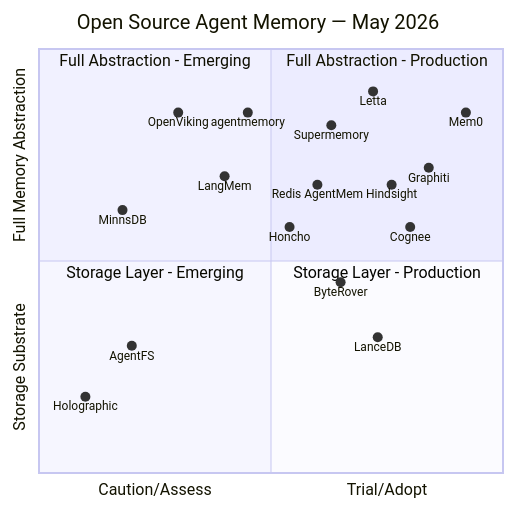
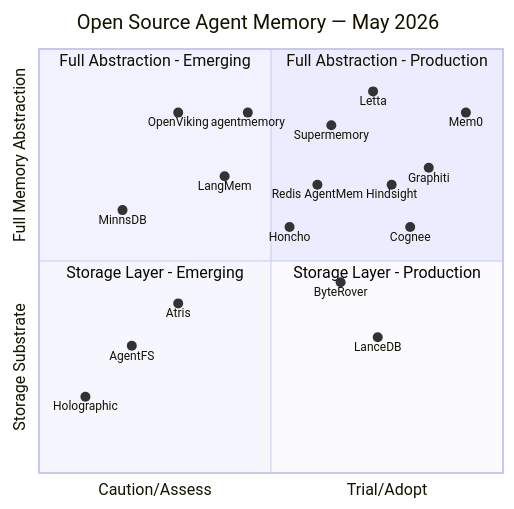
Before and after one commit to ankurkumarz/agentic-ai-knowledge-base: the first of 2 diagrams in docs/AgentMemory/solutions.md, drawn with Mermaid. The commit also changed other lines of this file, not shown here.

Commit message:
Add Atris to the Agent Memory radar (Assess)

````diff
--- a/docs/AgentMemory/solutions.md
+++ b/docs/AgentMemory/solutions.md
@@ -38,26 +38,27 @@
 ```mermaid
 quadrantChart
     title Open Source Agent Memory — May 2026
     x-axis "Caution/Assess" --> "Trial/Adopt"
     y-axis "Storage Substrate" --> "Full Memory Abstraction"
     quadrant-1 "Full Abstraction - Production"
     quadrant-2 "Full Abstraction - Emerging"
     quadrant-3 "Storage Layer - Emerging"
     quadrant-4 "Storage Layer - Production"
     Mem0: [0.92, 0.85]
     Graphiti: [0.84, 0.72]
     Letta: [0.72, 0.90]
     Supermemory: [0.63, 0.82]
     Cognee: [0.80, 0.58]
     Hindsight: [0.76, 0.68]
     "Redis AgentMem": [0.60, 0.68]
     Honcho: [0.54, 0.58]
     ByteRover: [0.65, 0.45]
     LanceDB: [0.73, 0.32]
     LangMem: [0.40, 0.70]
+    Atris: [0.30, 0.40]
     OpenViking: [0.30, 0.85]
     agentmemory: [0.45, 0.85]
     AgentFS: [0.20, 0.30]
     MinnsDB: [0.18, 0.62]
     Holographic: [0.10, 0.18]
 ```
````
